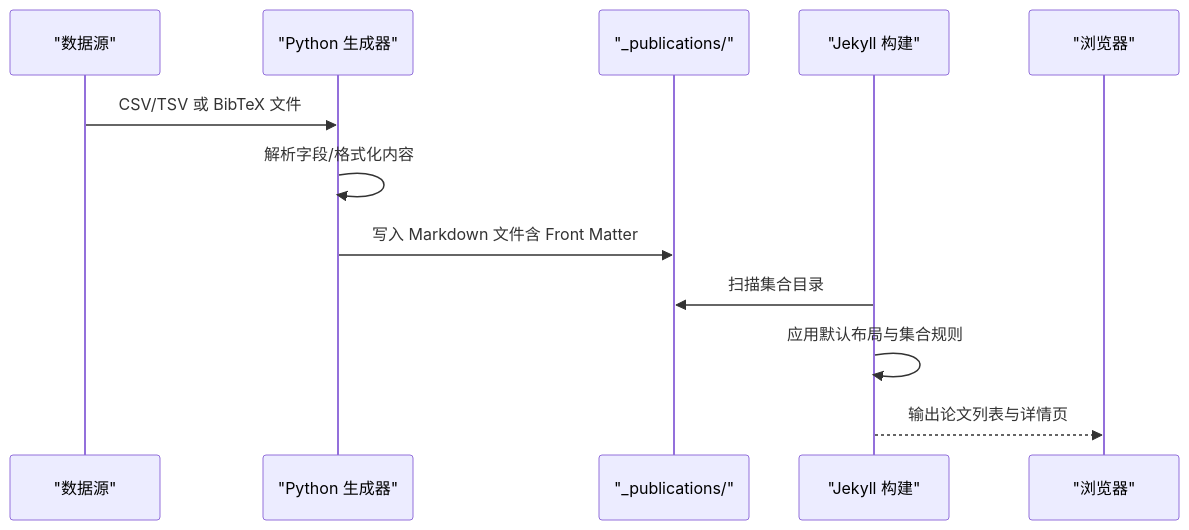
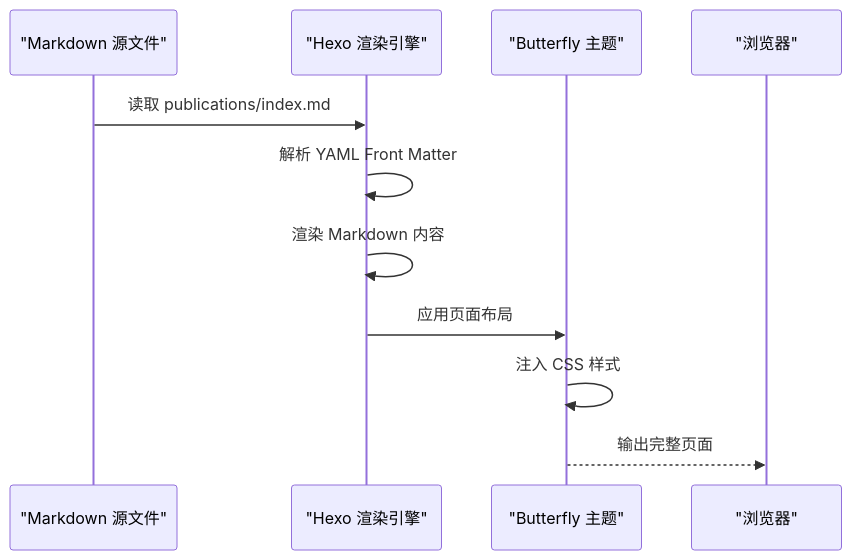
One commit to CoolPig0720/CoolPig0720.github.io changed the second of 3 diagrams in .qoder/repowiki/zh/content/学术功能模块/论文引用管理系统.md. Above: the diagram before and after it, drawn with Mermaid. The commit also changed other lines of this file and 36 other files, not shown here.

````diff
--- a/.qoder/repowiki/zh/content/学术功能模块/论文引用管理系统.md
+++ b/.qoder/repowiki/zh/content/学术功能模块/论文引用管理系统.md
@@ -100,14 +67,13 @@
 ```mermaid
 sequenceDiagram
-participant 数据源 as "数据源"
-participant 生成器 as "Python 生成器"
-participant 目标 as "_publications/"
-participant Jekyll as "Jekyll 构建"
+participant 源文件 as "Markdown 源文件"
+participant Hexo as "Hexo 渲染引擎"
+participant 主题 as "Butterfly 主题"
 participant 浏览器 as "浏览器"
-数据源->>生成器 : CSV/TSV 或 BibTeX 文件
-生成器->>生成器 : 解析字段/格式化内容
-生成器->>目标 : 写入 Markdown 文件含 Front Matter
-Jekyll->>目标 : 扫描集合目录
-Jekyll->>Jekyll : 应用默认布局与集合规则
-Jekyll-->>浏览器 : 输出论文列表与详情页
+源文件->>Hexo : 读取 publications/index.md
+Hexo->>Hexo : 解析 YAML Front Matter
+Hexo->>Hexo : 渲染 Markdown 内容
+Hexo->>主题 : 应用页面布局
+主题->>主题 : 注入 CSS 样式
+主题-->>浏览器 : 输出完整页面
 ```
````
